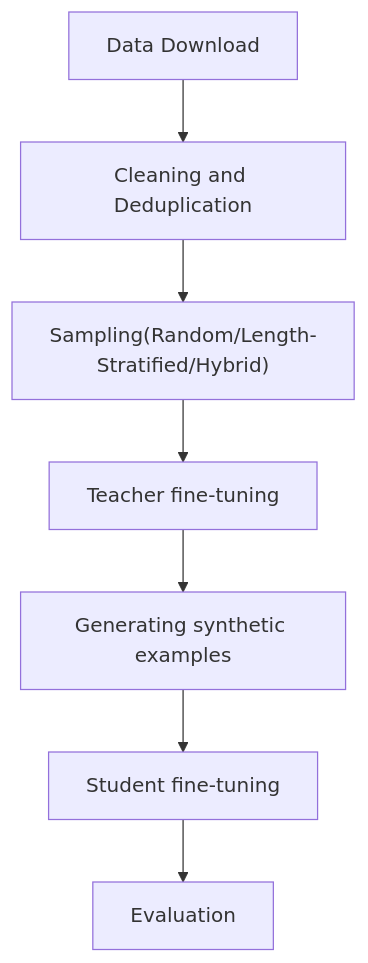
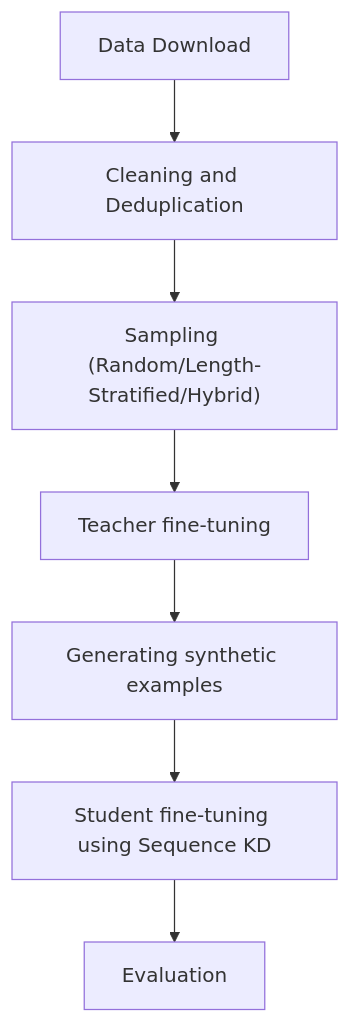
The diagram in README.md (vp0000/English-to-Occitan-NMT-using-Distillation), drawn with Mermaid before and after one commit. The commit also changed other lines of this file, not shown here.

Commit message:
Improve README with clearer evaluation and workflow details
Clarified the evaluation process and updated the workflow diagram for better readability.

````diff
--- a/README.md
+++ b/README.md
@@ -49,4 +49,9 @@
 ```mermaid
 flowchart TD;
-    A["Data Download"]-->B["Cleaning and Deduplication"]-->C["Sampling(Random/Length-Stratified/Hybrid)"]-->D["Teacher fine-tuning"]-->E["Generating synthetic examples"]-->F["Student fine-tuning"]-->G["Evaluation"];
+    A["Data Download"]-->B["Cleaning and Deduplication"];
+    B["Cleaning and Deduplication"]-->C["Sampling (Random/Length-Stratified/Hybrid)"];
+    C["Sampling (Random/Length-Stratified/Hybrid)"]-->D["Teacher fine-tuning"];
+    D["Teacher fine-tuning"]-->E["Generating synthetic examples"];
+    E["Generating synthetic examples"]-->F["Student fine-tuning using Sequence KD"];
+    F["Student fine-tuning using Sequence KD"]-->G["Evaluation"];
 ```
````
